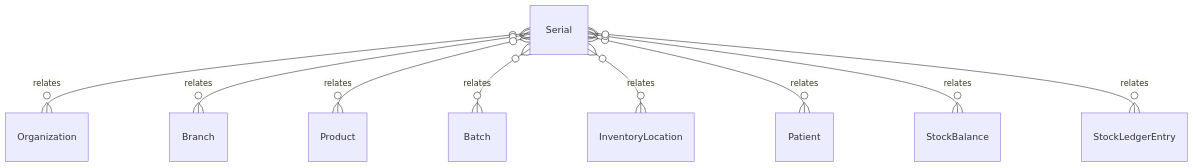
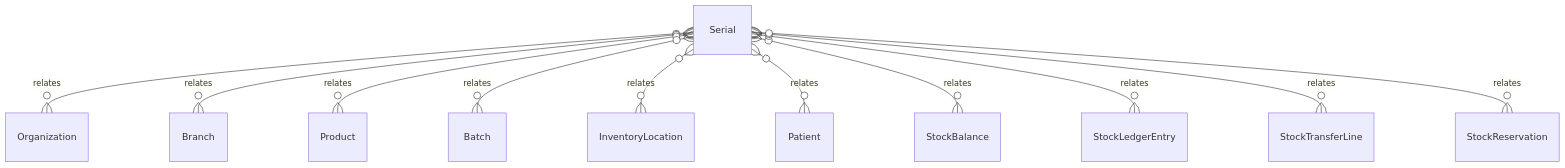
The diagram in .kb/Database/Serial.md (tejasnirala/rcln), drawn with Mermaid before and after one commit. The commit also changed other lines of this file and 117 other files, not shown here.

````diff
--- a/.kb/Database/Serial.md
+++ b/.kb/Database/Serial.md
@@ -58,11 +60,13 @@
 ```mermaid
 erDiagram
     Serial }o--o{ Organization : relates
     Serial }o--o{ Branch : relates
     Serial }o--o{ Product : relates
     Serial }o--o{ Batch : relates
     Serial }o--o{ InventoryLocation : relates
     Serial }o--o{ Patient : relates
     Serial }o--o{ StockBalance : relates
     Serial }o--o{ StockLedgerEntry : relates
+    Serial }o--o{ StockTransferLine : relates
+    Serial }o--o{ StockReservation : relates
 ```
````
